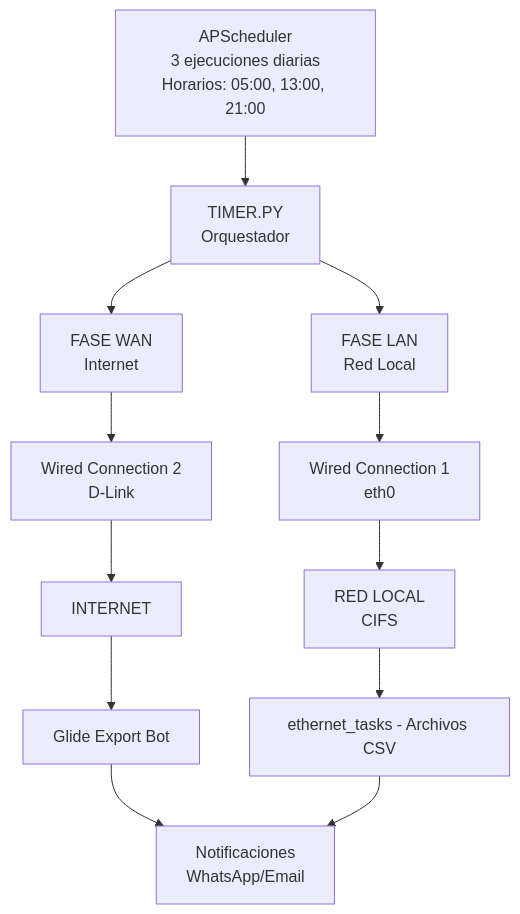
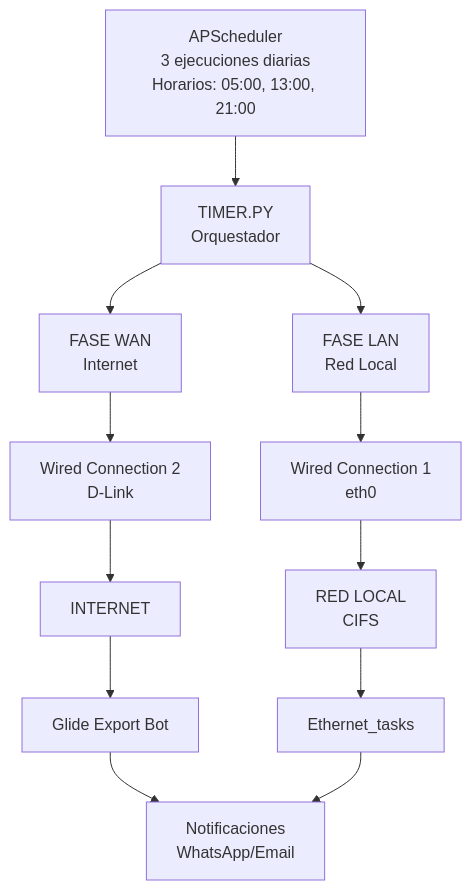
Before and after one commit to ebohorquez589/Prueba: the diagram in README.md, drawn with Mermaid.

````diff
--- a/README.md
+++ b/README.md
@@ -41,18 +41,18 @@
 ```mermaid
 graph TD
     B[APScheduler<br/>3 ejecuciones diarias<br/>Horarios: 05:00, 13:00, 21:00] --> A[TIMER.PY <br/>Orquestador]
     A --> C[FASE WAN<br/>Internet]
     A --> D[FASE LAN<br/>Red Local]
     
     C --> E[Wired Connection 2<br/>D-Link]
     D --> F[Wired Connection 1<br/>eth0]
     
     E --> G[INTERNET]
     F --> H[RED LOCAL <br/>CIFS]
     
     G --> I[Glide Export Bot]
-    H --> J[ethernet_tasks - Archivos CSV]
+    H --> J[Ethernet_tasks]
     
     I --> K[Notificaciones<br/>WhatsApp/Email]
     J --> K
 ```
````
